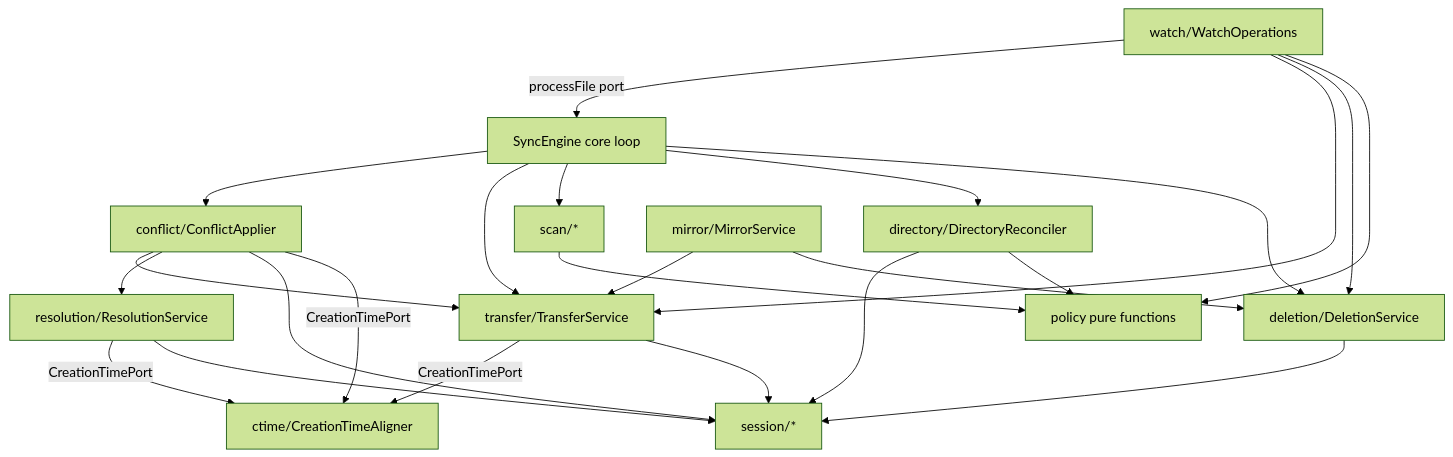
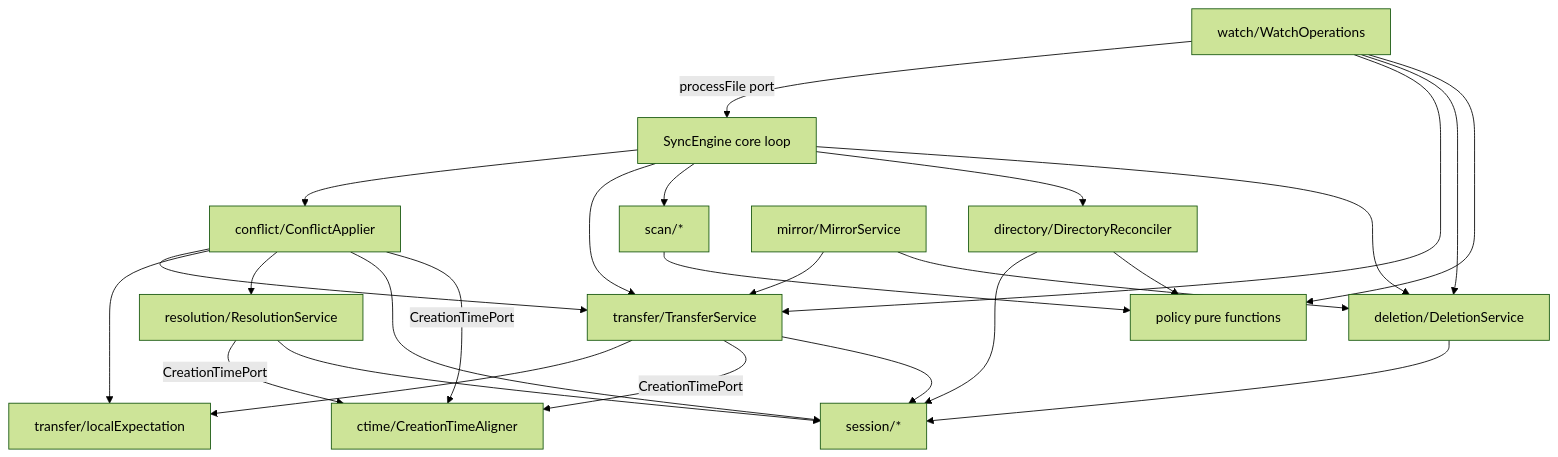
One commit to siosig/obsidian-nextcloudsync changed the tenth of 10 diagrams in docs/plan.md. Above: the diagram before and after it, drawn with Mermaid (forest theme). The commit also changed other lines of this file and 28 other files, not shown here.

````diff
--- a/docs/plan.md
+++ b/docs/plan.md
@@ -634,26 +681,28 @@
 ```mermaid
 graph TD
   Watch[watch/WatchOperations] -->|processFile port| Engine[SyncEngine core loop]
   Engine --> Conflict[conflict/ConflictApplier]
   Engine --> Transfer[transfer/TransferService]
   Engine --> Scan[scan/*]
   Engine --> Dir[directory/DirectoryReconciler]
   Engine --> Deletion[deletion/DeletionService]
   Mirror[mirror/MirrorService] --> Transfer
   Mirror --> Deletion
   Conflict --> Transfer
+  Transfer --> Expect[transfer/localExpectation]
+  Conflict --> Expect
   Conflict --> Resolution[resolution/ResolutionService]
   Watch --> Transfer
   Watch --> Deletion
   Conflict --> Session[session/*]
   Transfer -->|CreationTimePort| Ctime[ctime/CreationTimeAligner]
   Conflict -->|CreationTimePort| Ctime
   Resolution -->|CreationTimePort| Ctime
   Transfer --> Session
   Dir --> Session
   Deletion --> Session
   Resolution --> Session
   Scan --> Policy[policy pure functions]
   Watch --> Policy
   Dir --> Policy
 ```
````
